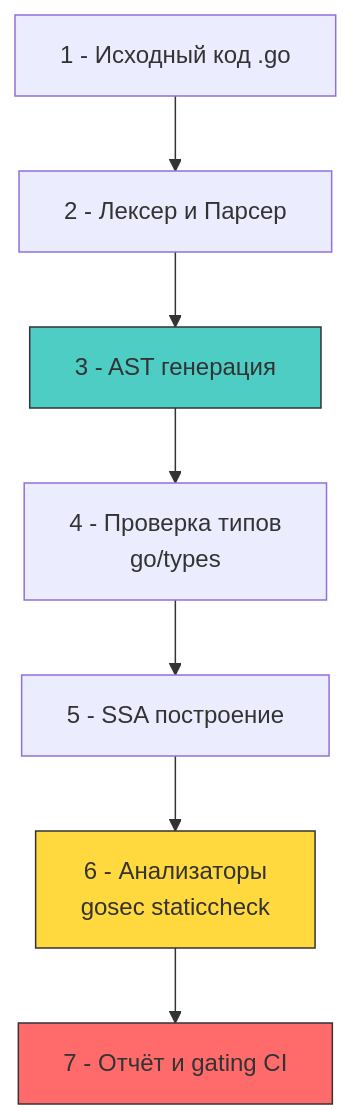
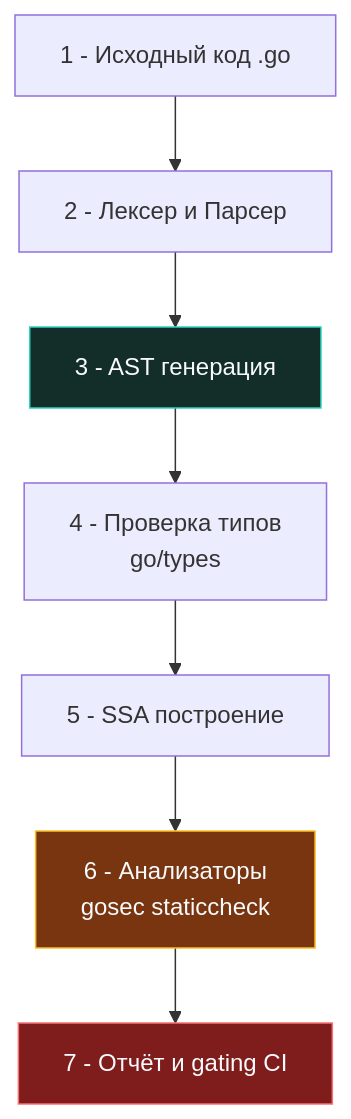
Before and after one commit to UnrealTemplier/go-textbook: the diagram in sources/17. Безопасность (AppSec в Go)/07. Практика/2. Static analysis.md, drawn with Mermaid. The commit also changed 310 other files, not shown here.

First line of the commit message:
fix(mermaid): replace light fill colors with dark palette for readability on dark theme

````diff
--- a/sources/17. Безопасность (AppSec в Go)/07. Практика/2. Static analysis.md
+++ b/sources/17. Безопасность (AppSec в Go)/07. Практика/2. Static analysis.md
@@ -9,13 +9,13 @@
 ```mermaid
 flowchart TD
     A["1 - Исходный код .go"] --> B["2 - Лексер и Парсер"]
     B --> C["3 - AST генерация"]
     C --> D["4 - Проверка типов<br>go/types"]
     D --> E["5 - SSA построение"]
     E --> F["6 - Анализаторы<br>gosec staticcheck"]
     F --> G["7 - Отчёт и gating CI"]
     
-    style C fill:#4ecdc4,stroke:#333
-    style F fill:#ffd93d,stroke:#333
-    style G fill:#ff6b6b,stroke:#333
+    style C fill:#132d29,stroke:#2dd4bf,color:#f8fafc
+    style F fill:#78350f,stroke:#fbbf24,color:#f8fafc
+    style G fill:#7f1d1d,stroke:#f87171,color:#f8fafc
 ```
````
